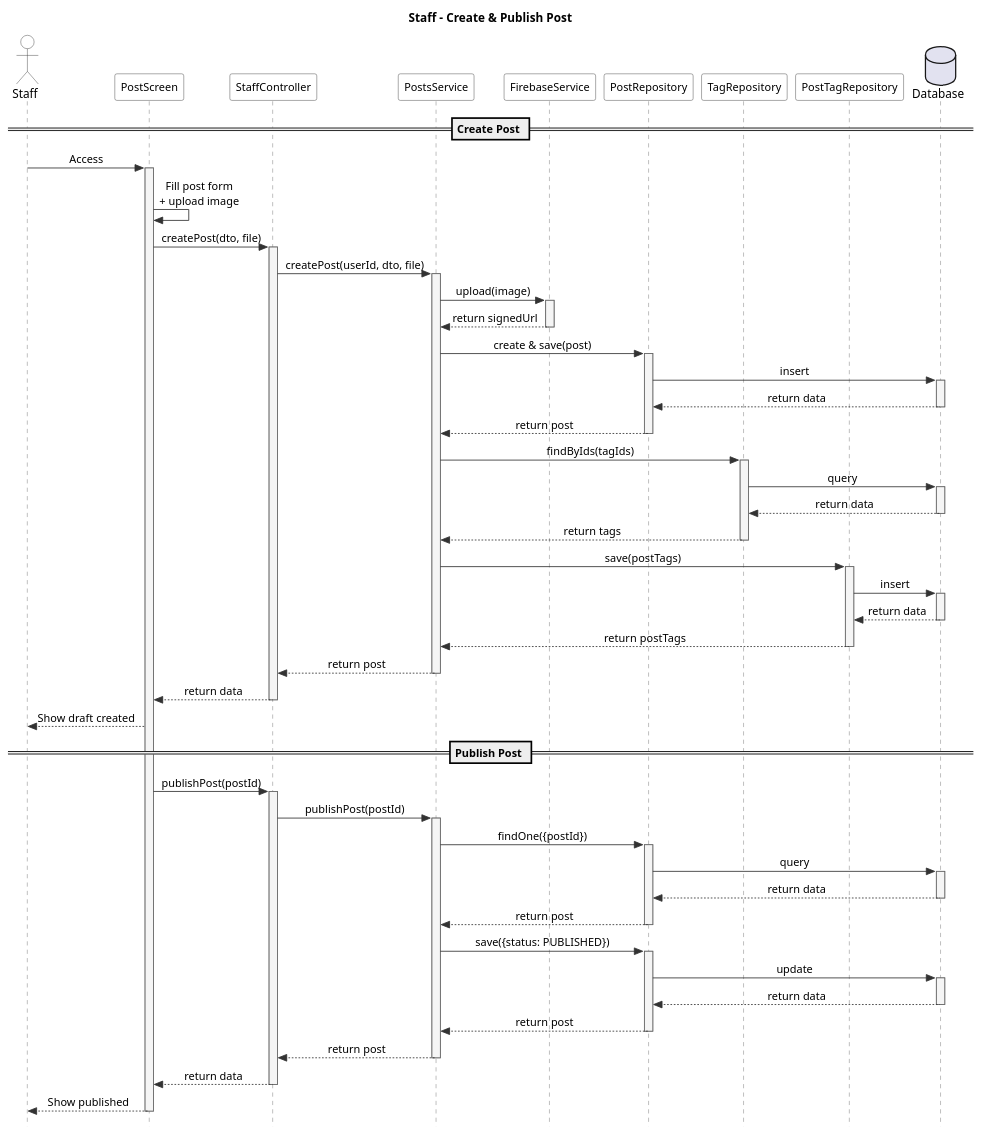
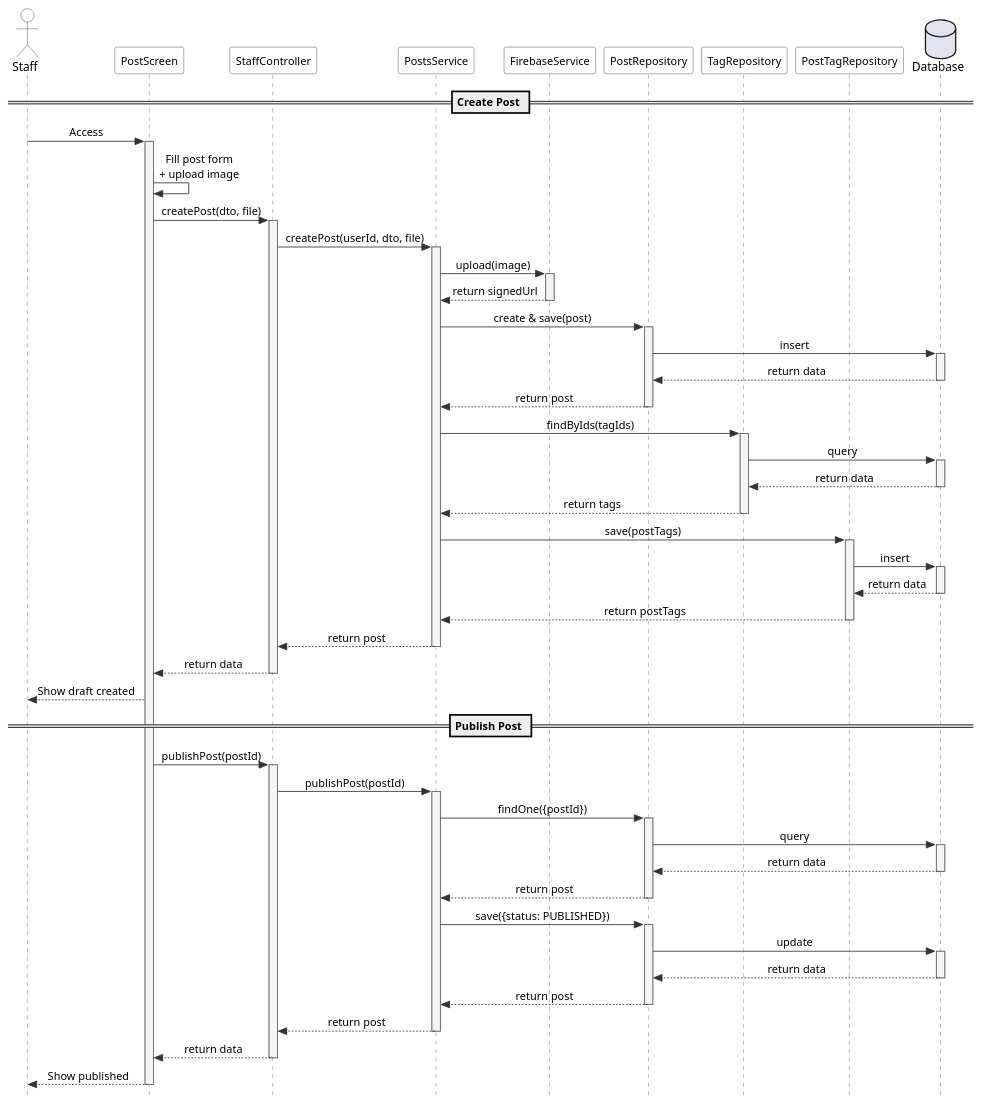
The diagram in documents/post/sequence-staff-create-post.puml (viethoang1520/artchain-server), drawn with PlantUML before and after one commit. The commit also changed 57 other files, not shown here.

```diff
--- a/documents/post/sequence-staff-create-post.puml
+++ b/documents/post/sequence-staff-create-post.puml
@@ -1,113 +1,111 @@
 @startuml Staff - Create & Publish Post
 
 skinparam style strictuml
 skinparam backgroundColor White
 skinparam sequenceMessageAlign center
 skinparam sequence {
   ArrowColor #333333
   LifeLineBorderColor #666666
   LifeLineBackgroundColor #F5F5F5
   ParticipantBorderColor #333333
   ParticipantBackgroundColor #FFFFFF
   ParticipantFontSize 13
   ActorBorderColor #333333
   ActorBackgroundColor #FFFFFF
 }
-
-title Staff - Create & Publish Post
 
 actor Staff
 participant "PostScreen" as Screen
 participant "StaffController" as Controller
 participant "PostsService" as Service
 participant "FirebaseService" as Firebase
 participant "PostRepository" as PostRepo
 participant "TagRepository" as TagRepo
 participant "PostTagRepository" as PTRepo
 database "Database" as DB
 
 == Create Post ==
 
 Staff -> Screen : Access
 activate Screen
 
 Screen -> Screen : Fill post form\n+ upload image
 
 Screen -> Controller : createPost(dto, file)
 activate Controller
 
 Controller -> Service : createPost(userId, dto, file)
 activate Service
 
 Service -> Firebase : upload(image)
 activate Firebase
 Firebase --> Service : return signedUrl
 deactivate Firebase
 
 Service -> PostRepo : create & save(post)
 activate PostRepo
 PostRepo -> DB : insert
 activate DB
 DB --> PostRepo : return data
 deactivate DB
 PostRepo --> Service : return post
 deactivate PostRepo
 
 Service -> TagRepo : findByIds(tagIds)
 activate TagRepo
 TagRepo -> DB : query
 activate DB
 DB --> TagRepo : return data
 deactivate DB
 TagRepo --> Service : return tags
 deactivate TagRepo
 
 Service -> PTRepo : save(postTags)
 activate PTRepo
 PTRepo -> DB : insert
 activate DB
 DB --> PTRepo : return data
 deactivate DB
 PTRepo --> Service : return postTags
 deactivate PTRepo
 
 Service --> Controller : return post
 deactivate Service
 Controller --> Screen : return data
 deactivate Controller
 Screen --> Staff : Show draft created
 
 == Publish Post ==
 
 Screen -> Controller : publishPost(postId)
 activate Controller
 
 Controller -> Service : publishPost(postId)
 activate Service
 
 Service -> PostRepo : findOne({postId})
 activate PostRepo
 PostRepo -> DB : query
 activate DB
 DB --> PostRepo : return data
 deactivate DB
 PostRepo --> Service : return post
 deactivate PostRepo
 
 Service -> PostRepo : save({status: PUBLISHED})
 activate PostRepo
 PostRepo -> DB : update
 activate DB
 DB --> PostRepo : return data
 deactivate DB
 PostRepo --> Service : return post
 deactivate PostRepo
 
 Service --> Controller : return post
 deactivate Service
 Controller --> Screen : return data
 deactivate Controller
 Screen --> Staff : Show published
 deactivate Screen
 
 @enduml
```
